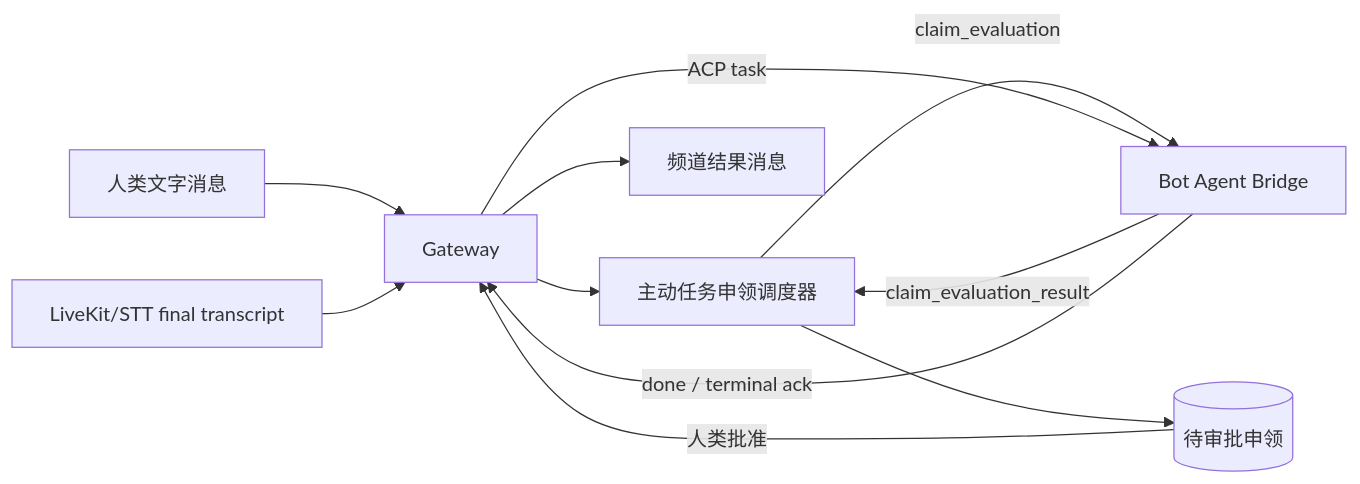
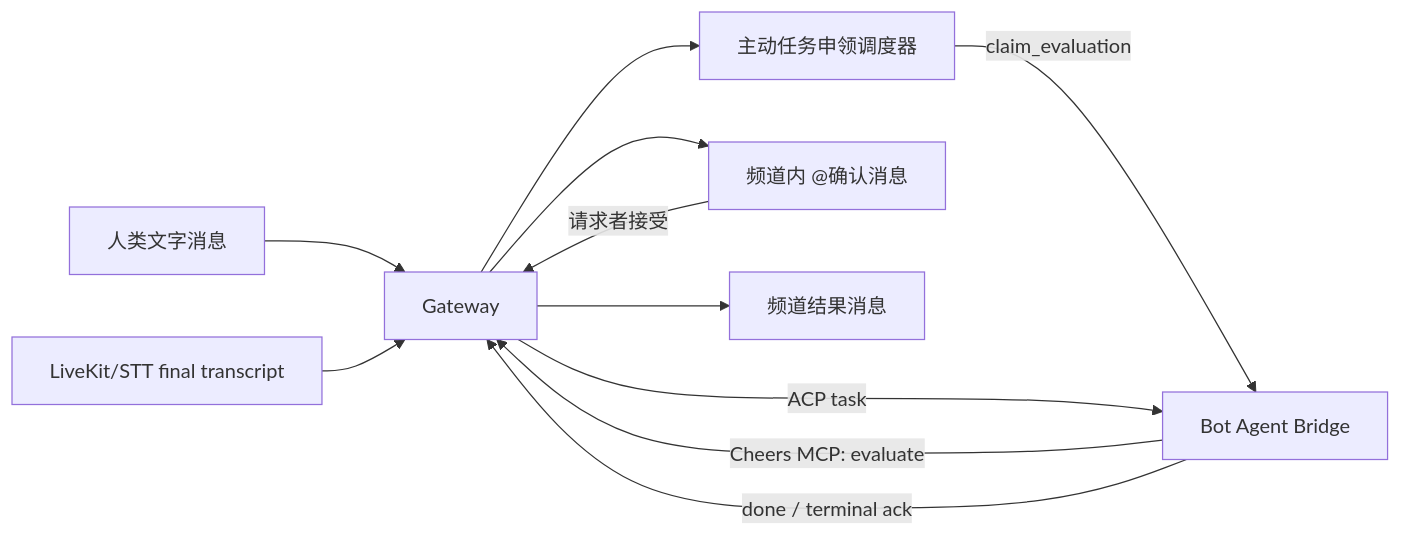
The diagram in docs/obsidian/Cheers-主动任务申领与实时语音协作-2026-07-20.md (ElePerson/Cheers), drawn with Mermaid before and after one commit. The commit also changed other lines of this file and 27 other files, not shown here.

````diff
--- a/docs/obsidian/Cheers-主动任务申领与实时语音协作-2026-07-20.md
+++ b/docs/obsidian/Cheers-主动任务申领与实时语音协作-2026-07-20.md
@@ -21,13 +21,13 @@
 ```mermaid
 flowchart LR
   U[人类文字消息] --> G[Gateway]
   V[LiveKit/STT final transcript] --> G
   G --> S[主动任务申领调度器]
   S -->|claim_evaluation| B[Bot Agent Bridge]
-  B -->|claim_evaluation_result| S
-  S --> C[(待审批申领)]
-  C -->|人类批准| G
+  B -->|Cheers MCP: evaluate| G
+  G --> C[频道内 @确认消息]
+  C -->|请求者接受| G
   G -->|ACP task| B
   B -->|done / terminal ack| G
   G --> H[频道结果消息]
 ```
````
